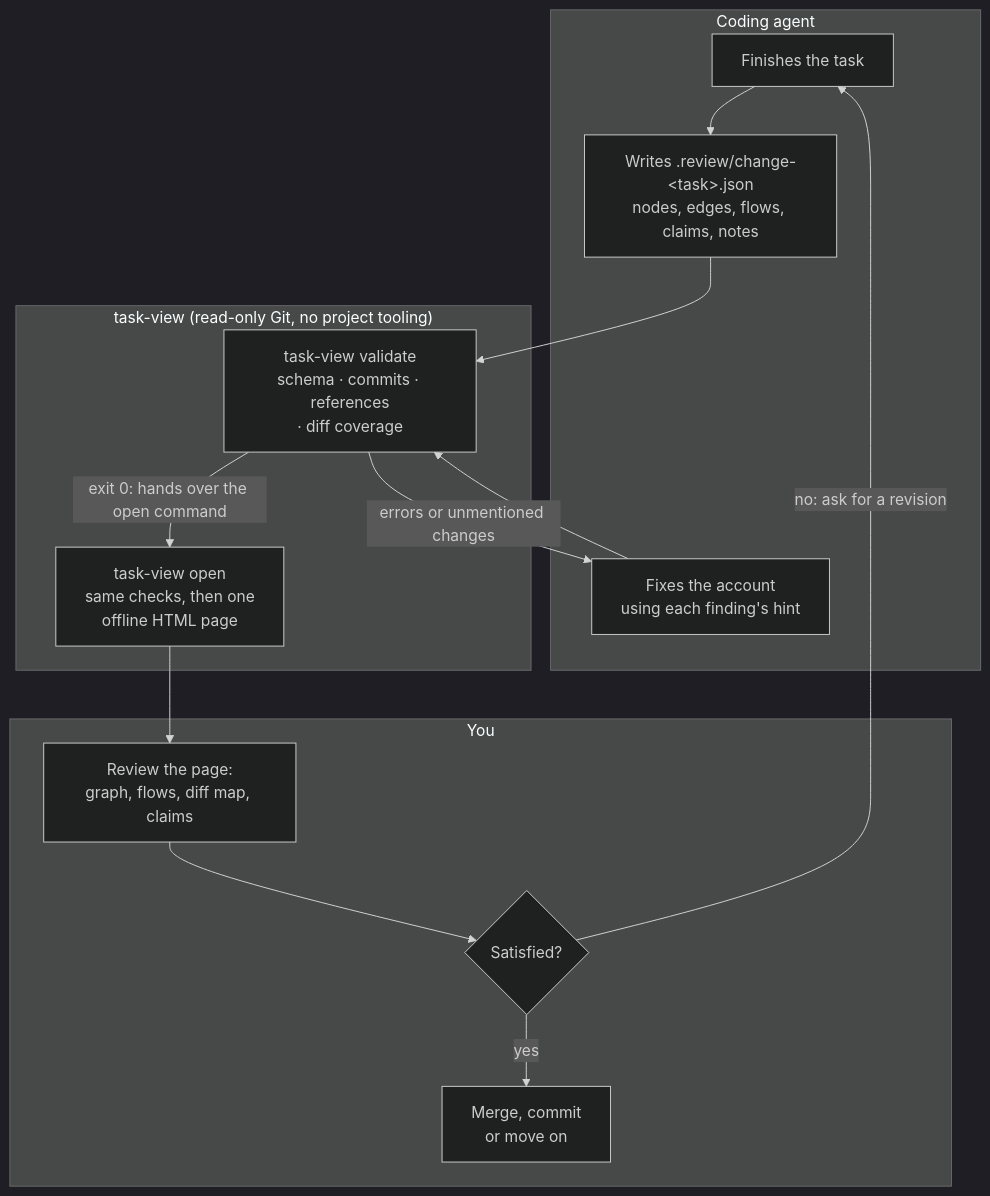
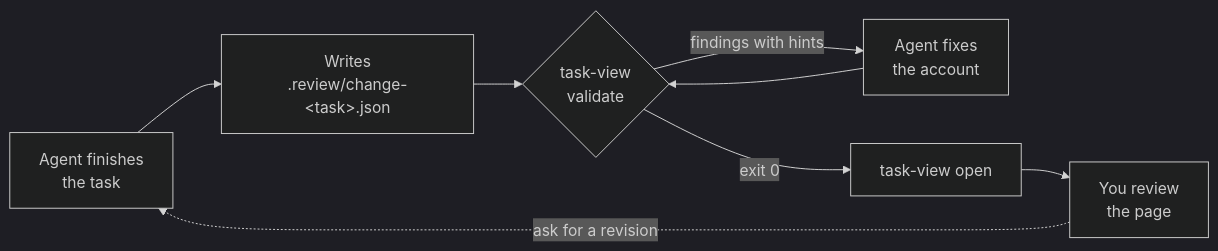
Before and after one commit to gtindo/task-view: the diagram in README.md, drawn with Mermaid (dark theme). The commit also changed other lines of this file, not shown here.

````diff
--- a/README.md
+++ b/README.md
@@ -33,27 +220,10 @@
 ```mermaid
-flowchart TD
-    subgraph agent["Coding agent"]
-        A1["Finishes the task"]
-        A2["Writes .review/change-#lt;task#gt;.json<br/>nodes, edges, flows, claims, notes"]
-        A3["Fixes the account<br/>using each finding's hint"]
-    end
-
-    subgraph tool["task-view (read-only Git, no project tooling)"]
-        V["task-view validate<br/>schema · commits · references<br/>· diff coverage"]
-        O["task-view open<br/>same checks, then one<br/>offline HTML page"]
-    end
-
-    subgraph you["You"]
-        R["Review the page:<br/>graph, flows, diff map, claims"]
-        D{"Satisfied?"}
-        OK["Merge, commit<br/>or move on"]
-    end
-
-    A1 --> A2 --> V
-    V -- "errors or unmentioned changes" --> A3
-    A3 --> V
-    V -- "exit 0: hands over the open command" --> O
-    O --> R --> D
-    D -- yes --> OK
-    D -- "no: ask for a revision" --> A1
+flowchart LR
+    A["Agent finishes<br/>the task"] --> W["Writes<br/>.review/change-#lt;task#gt;.json"]
+    W --> V{"task-view<br/>validate"}
+    V -- "findings with hints" --> F["Agent fixes<br/>the account"]
+    F --> V
+    V -- "exit 0" --> O["task-view open"]
+    O --> R["You review<br/>the page"]
+    R -. "ask for a revision" .-> A
 ```
````
